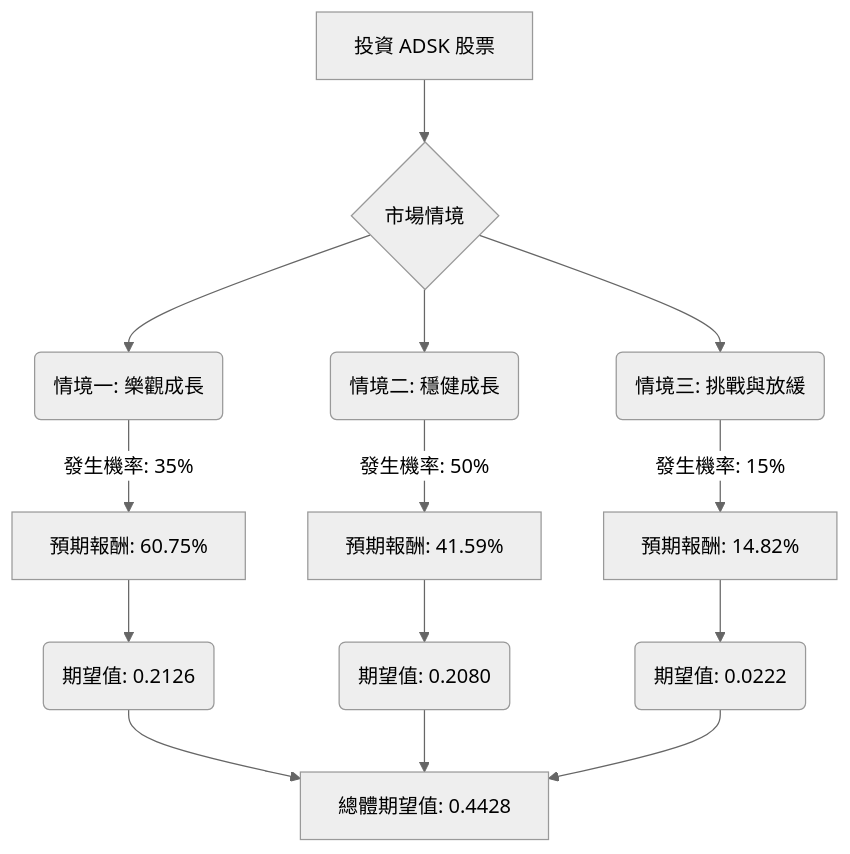
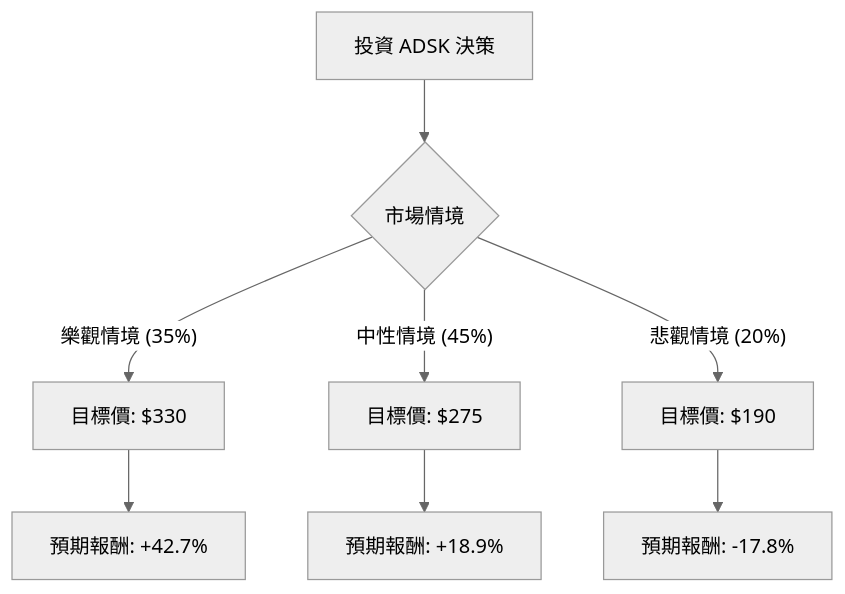
One commit to zmcx16/zmcx16.github.io changed the diagram in plugin-react/ai-analysis/ev-analysis/ADSK.md. Above: the diagram before and after it, drawn with Mermaid (neutral theme). The commit also changed other lines of this file and 77 other files, not shown here.

````diff
--- a/plugin-react/ai-analysis/ev-analysis/ADSK.md
+++ b/plugin-react/ai-analysis/ev-analysis/ADSK.md
@@ -19,19 +19,13 @@
 ```mermaid
 graph TD
-    A[投資 ADSK 股票] --> B{市場情境}
-
-    B --> C1(情境一: 樂觀成長)
-    C1 -- 發生機率: 35% --> C1_EV[預期報酬: 60.75%]
-
-    B --> C2(情境二: 穩健成長)
-    C2 -- 發生機率: 50% --> C2_EV[預期報酬: 41.59%]
-
-    B --> C3(情境三: 挑戰與放緩)
-    C3 -- 發生機率: 15% --> C3_EV[預期報酬: 14.82%]
-
-    C1_EV --> D1(期望值: 0.2126)
-    C2_EV --> D2(期望值: 0.2080)
-    C3_EV --> D3(期望值: 0.0222)
-
-    D1 & D2 & D3 --> E[總體期望值: 0.4428]
+    A[投資 ADSK 決策] --> B{市場情境}
+    
+    B -- 樂觀情境 (35%) --> C[目標價: $330]
+    C --> C1[預期報酬: +42.7%]
+    
+    B -- 中性情境 (45%) --> D[目標價: $275]
+    D --> D1[預期報酬: +18.9%]
+    
+    B -- 悲觀情境 (20%) --> E[目標價: $190]
+    E --> E1[預期報酬: -17.8%]
 ```
````
